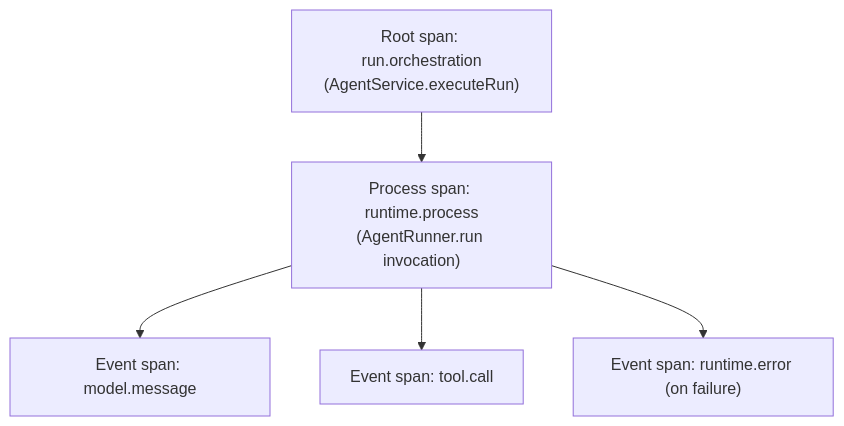
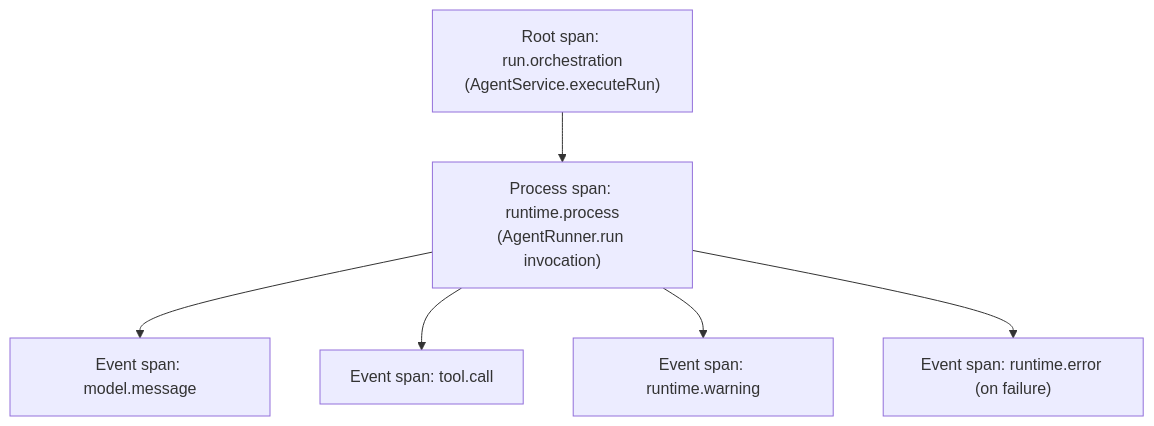
Before and after one commit to gaoze24/agentlens: the second of 2 diagrams in docs/ARCHITECTURE.md, drawn with Mermaid. The commit also changed other lines of this file, not shown here.

````diff
--- a/docs/ARCHITECTURE.md
+++ b/docs/ARCHITECTURE.md
@@ -91,7 +91,8 @@
 ```mermaid
 flowchart TD
     Run["Root span: run.orchestration\n(AgentService.executeRun)"] --> Process["Process span: runtime.process\n(AgentRunner.run invocation)"]
     Process --> Event1["Event span: model.message"]
     Process --> Event2["Event span: tool.call"]
-    Process --> Event3["Event span: runtime.error (on failure)"]
+    Process --> Event3["Event span: runtime.warning"]
+    Process --> Event4["Event span: runtime.error (on failure)"]
 ```
````
